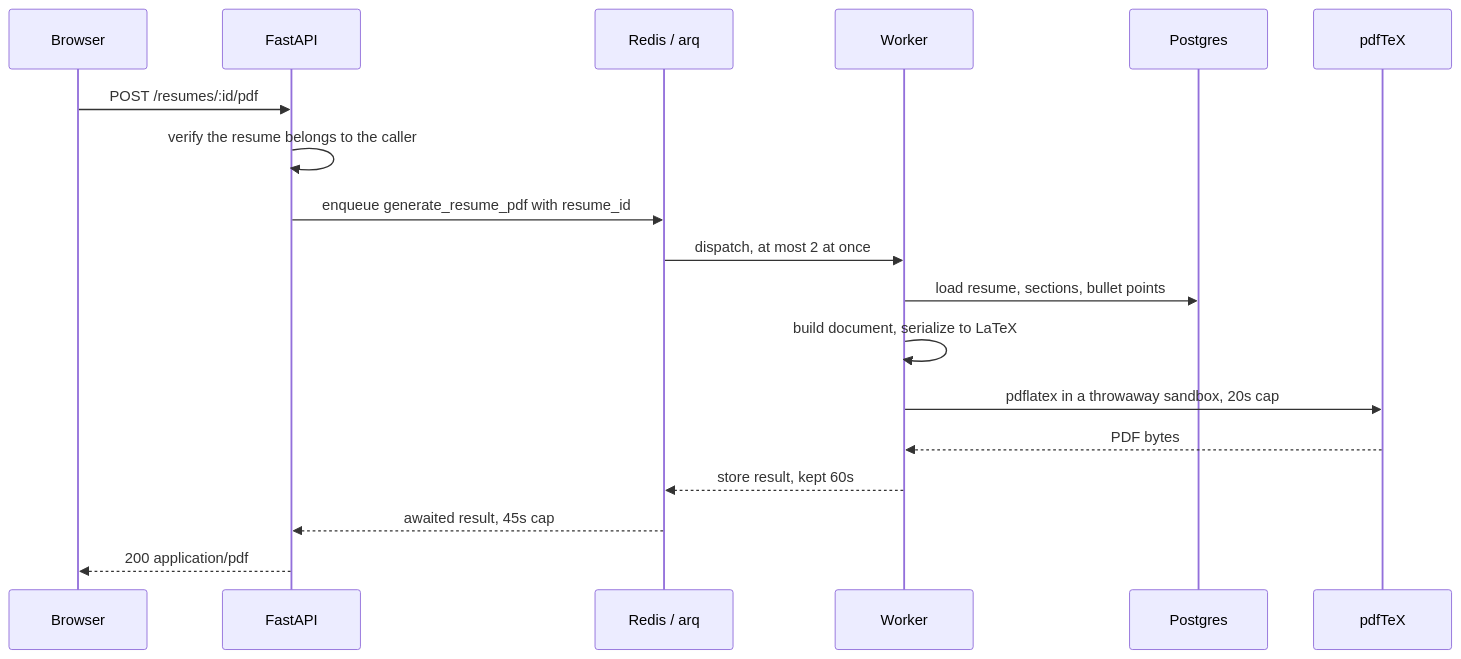
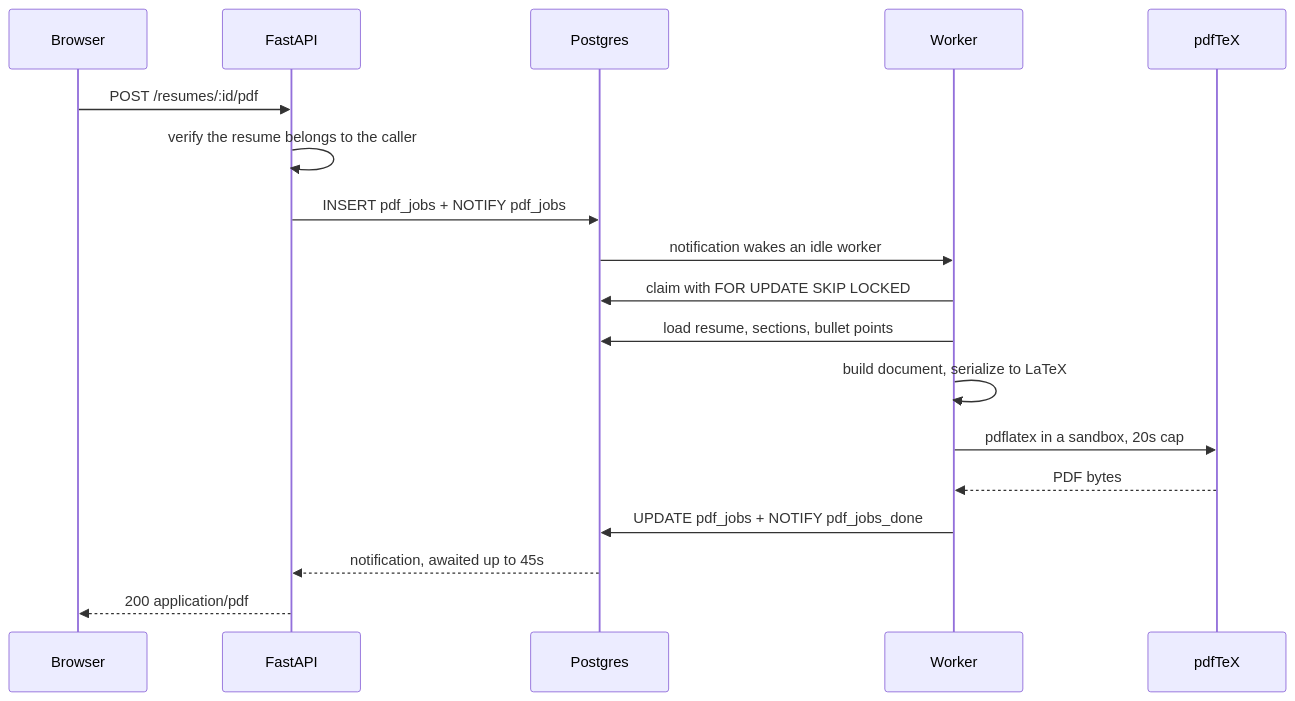
The diagram in README.md (AndrewI26/resume-builder), drawn with Mermaid before and after one commit. The commit also changed other lines of this file and 21 other files, not shown here.

````diff
--- a/README.md
+++ b/README.md
@@ -99,21 +100,21 @@
 ```mermaid
 sequenceDiagram
     participant C as Browser
     participant A as FastAPI
-    participant R as Redis / arq
+    participant P as Postgres
     participant W as Worker
-    participant P as Postgres
     participant T as pdfTeX
 
     C->>A: POST /resumes/:id/pdf
     A->>A: verify the resume belongs to the caller
-    A->>R: enqueue generate_resume_pdf with resume_id
-    R->>W: dispatch, at most 2 at once
+    A->>P: INSERT pdf_jobs + NOTIFY pdf_jobs
+    P->>W: notification wakes an idle worker
+    W->>P: claim with FOR UPDATE SKIP LOCKED
     W->>P: load resume, sections, bullet points
     W->>W: build document, serialize to LaTeX
-    W->>T: pdflatex in a throwaway sandbox, 20s cap
+    W->>T: pdflatex in a sandbox, 20s cap
     T-->>W: PDF bytes
-    W-->>R: store result, kept 60s
-    R-->>A: awaited result, 45s cap
+    W->>P: UPDATE pdf_jobs + NOTIFY pdf_jobs_done
+    P-->>A: notification, awaited up to 45s
     A-->>C: 200 application/pdf
 ```
````
